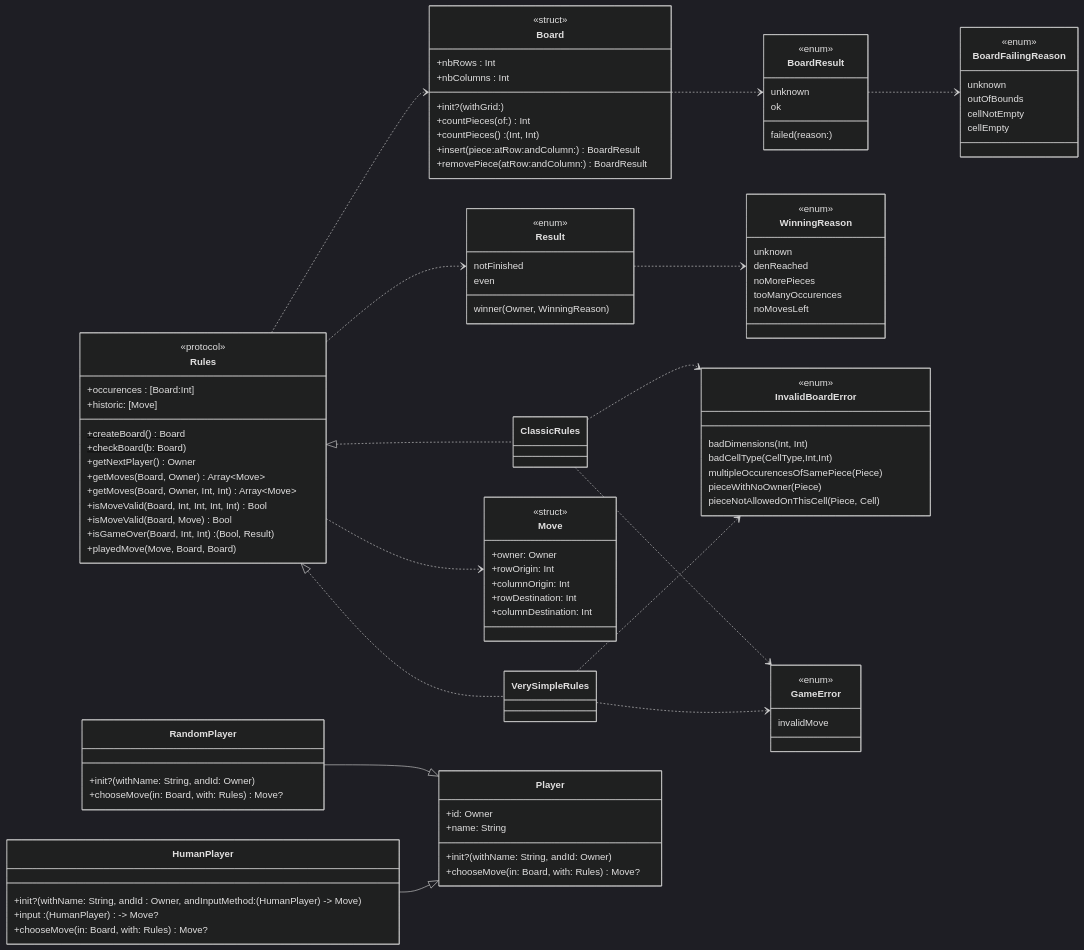
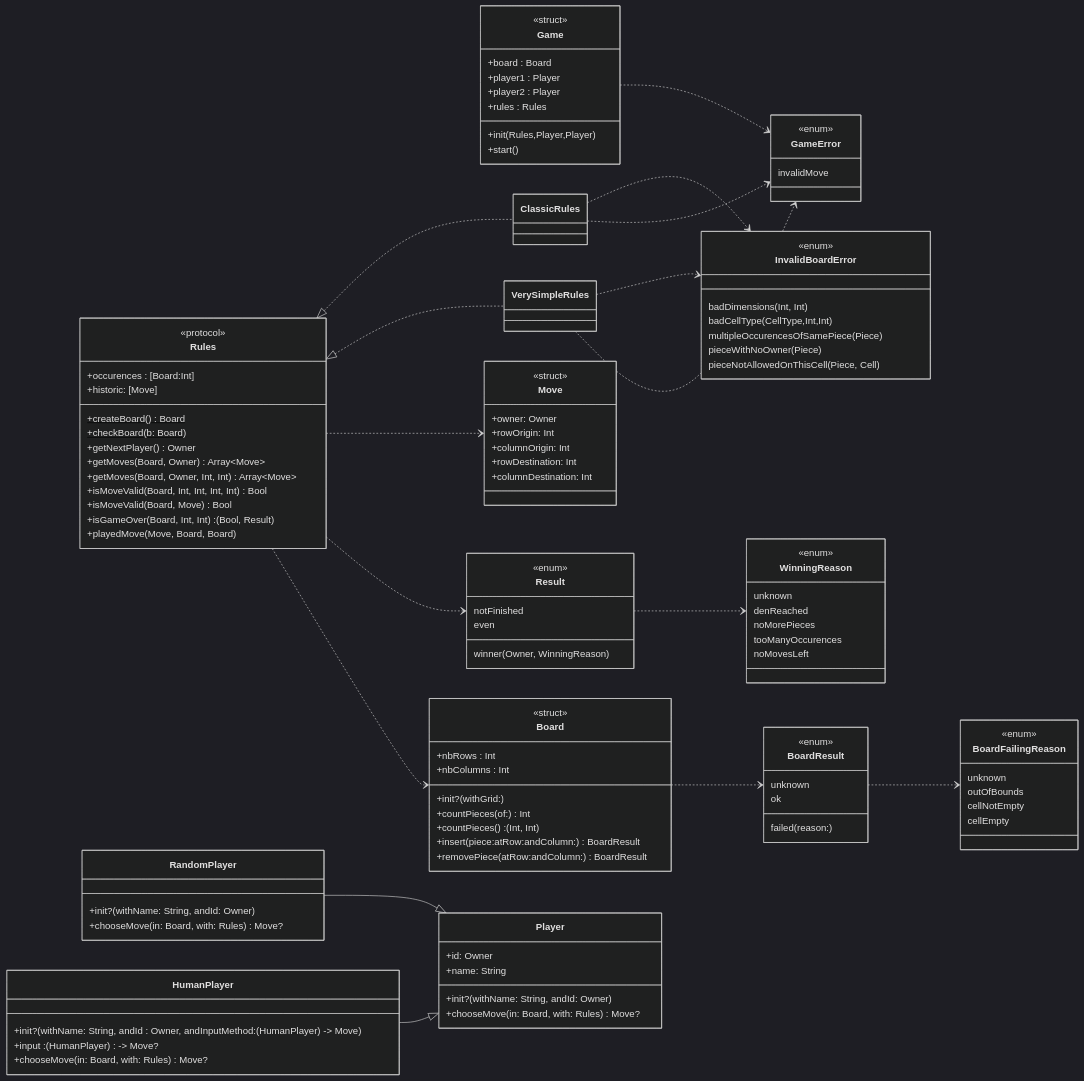
One commit to LucieB-coder/DouShouQi-Swift-Game changed the diagram in README.md. Above: the diagram before and after it, drawn with Mermaid (dark theme). The commit also changed other lines of this file, not shown here.

````diff
--- a/README.md
+++ b/README.md
@@ -37,6 +34,18 @@
 ```mermaid
 	classDiagram
 	direction LR
+	class Game {
+		<<struct>>
+		+board : Board
+		+player1 : Player
+		+player2 : Player
+		+rules : Rules
+		+init(Rules,Player,Player)
+		+start()
+	}
+
+	Game ..> GameError
+
 	class Board {
 		<<struct>>
 		+nbRows : Int
````
